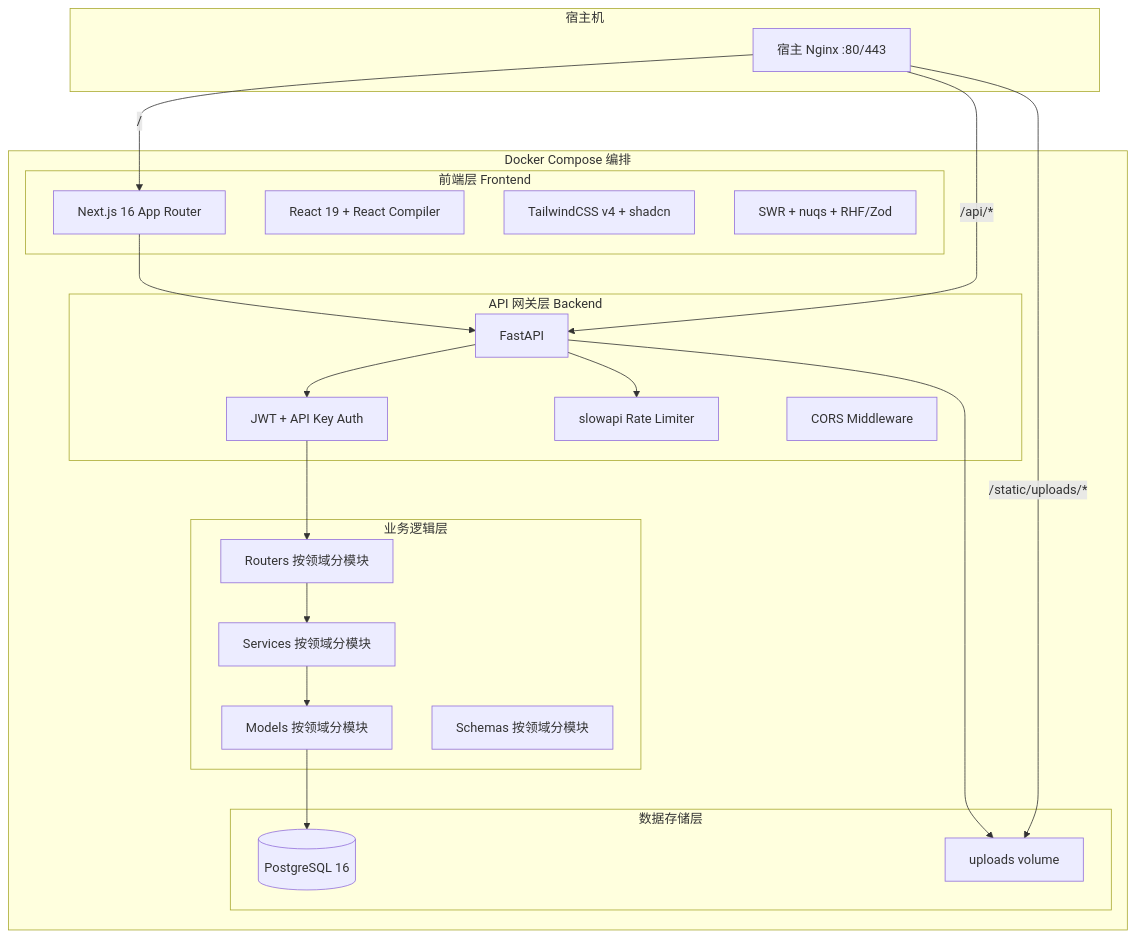
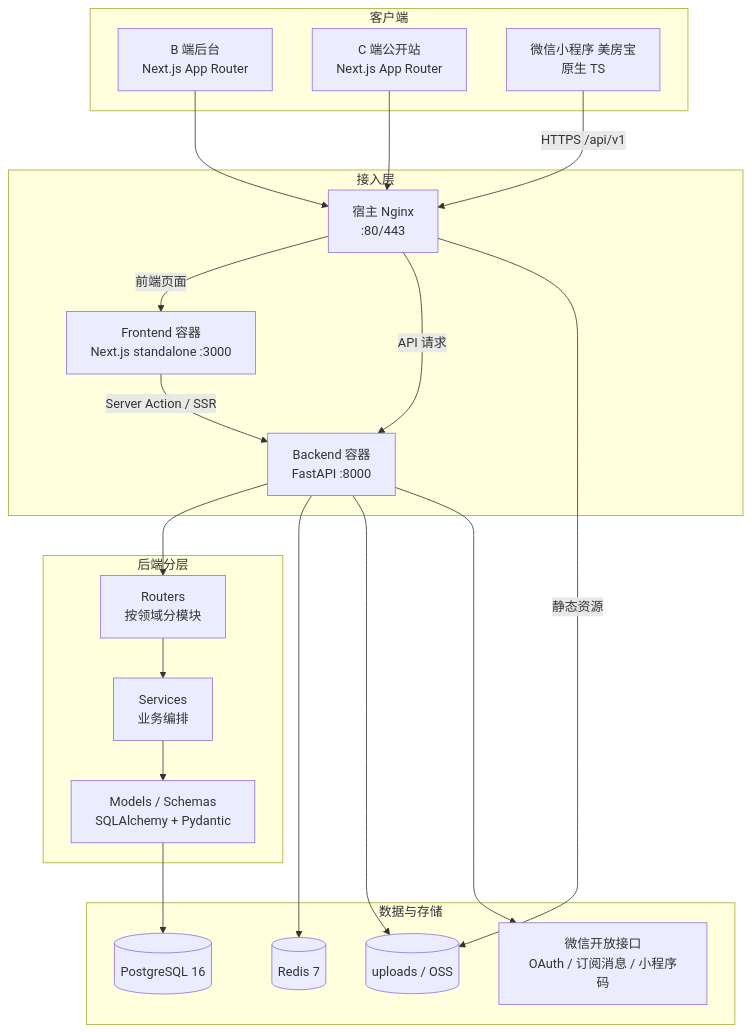
The second of 11 diagrams in README.md (kakaoxy/profo), drawn with Mermaid before and after one commit. The commit also changed other lines of this file, not shown here.

````diff
--- a/README.md
+++ b/README.md
@@ -90,42 +109,40 @@
 ```mermaid
 graph TB
-    subgraph "宿主机"
-        NX[宿主 Nginx :80/443]
-    end
-    subgraph "Docker Compose 编排"
-        subgraph "前端层 Frontend"
-            A[Next.js 16 App Router]
-            B[React 19 + React Compiler]
-            C[TailwindCSS v4 + shadcn]
-            D[SWR + nuqs + RHF/Zod]
-        end
-        subgraph "API 网关层 Backend"
-            F[FastAPI]
-            G[JWT + API Key Auth]
-            H[slowapi Rate Limiter]
-            I[CORS Middleware]
-        end
-        subgraph "业务逻辑层"
-            J[Routers 按领域分模块]
-            K[Services 按领域分模块]
-            L[Models 按领域分模块]
-            M[Schemas 按领域分模块]
-        end
-        subgraph "数据存储层"
-            N[(PostgreSQL 16)]
-            O[uploads volume]
-        end
+    subgraph "客户端"
+        WEB[B 端后台<br/>Next.js App Router]
+        CSITE[C 端公开站<br/>Next.js App Router]
+        MP[微信小程序 美房宝<br/>原生 TS]
     end
 
-    NX -->|/api/*| F
-    NX -->|/static/uploads/*| O
-    NX -->|/| A
-    A --> F
-    F --> G
-    F --> H
-    G --> J
-    J --> K
-    K --> L
-    L --> N
-    F --> O
+    subgraph "接入层"
+        NX[宿主 Nginx<br/>:80/443]
+        FE[Frontend 容器<br/>Next.js standalone :3000]
+        BE[Backend 容器<br/>FastAPI :8000]
+    end
+
+    subgraph "后端分层"
+        R[Routers<br/>按领域分模块]
+        S[Services<br/>业务编排]
+        M[Models / Schemas<br/>SQLAlchemy + Pydantic]
+    end
+
+    subgraph "数据与存储"
+        PG[(PostgreSQL 16)]
+        RD[(Redis 7)]
+        UP[(uploads / OSS)]
+        WX[微信开放接口<br/>OAuth / 订阅消息 / 小程序码]
+    end
+
+    WEB --> NX
+    CSITE --> NX
+    MP -->|HTTPS /api/v1| NX
+    NX -->|前端页面| FE
+    NX -->|API 请求| BE
+    NX -->|静态资源| UP
+    FE -->|Server Action / SSR| BE
+    BE --> R --> S --> M
+    M --> PG
+    BE --> RD
+    BE --> UP
+    BE --> WX
 ```
````
